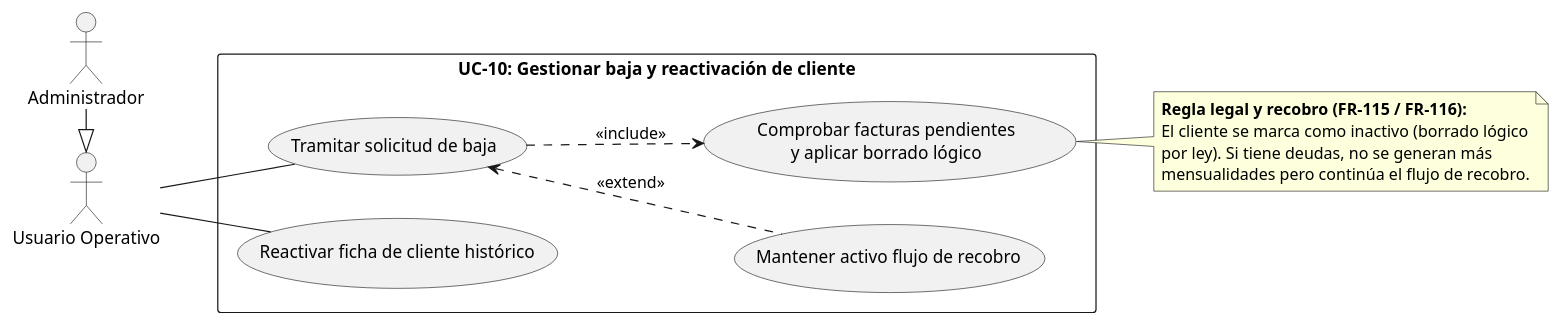
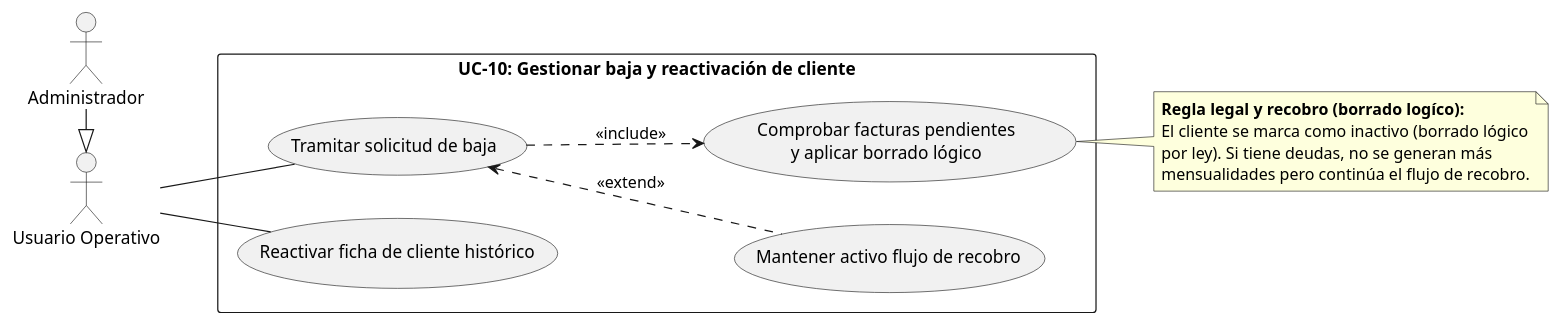
The diagram in doc/src/casos-uso/uc-10-gestionar-baja-reactivacion-cliente.pu (pablorv3/Hienitas-ADAP), drawn with PlantUML before and after one commit. The commit also changed 28 other files, not shown here.

Commit message:
uml diagram fixes

```diff
--- a/doc/src/casos-uso/uc-10-gestionar-baja-reactivacion-cliente.pu
+++ b/doc/src/casos-uso/uc-10-gestionar-baja-reactivacion-cliente.pu
@@ -1,36 +1,36 @@
 @startuml uc-10
     left to right direction
     skinparam packageStyle rectangle
 
     actor "Usuario Operativo" as UO
     actor "Administrador" as Admin
 
     ' Herencia de actores
     Admin -|> UO
 
     rectangle "UC-10: Gestionar baja y reactivación de cliente" {
         usecase "Tramitar solicitud de baja" as UC_Baja
         usecase "Mantener activo flujo de recobro" as UC_Recobro
         usecase "Reactivar ficha de cliente histórico" as UC_Reactivar
         usecase "Comprobar facturas pendientes\ny aplicar borrado lógico" as UC_Comprobar
 
         ' Inclusión obligatoria
         UC_Baja ..> UC_Comprobar : <<include>>
 
         ' Extensión condicional
         UC_Baja <.. UC_Recobro : <<extend>>
     }
 
     ' Nota situada abajo a la derecha, junto al caso correspondiente
     note right of UC_Comprobar
-    <b>Regla legal y recobro (FR-115 / FR-116):</b>
+    <b>Regla legal y recobro (borrado logíco):</b>
     El cliente se marca como inactivo (borrado lógico
     por ley). Si tiene deudas, no se generan más
     mensualidades pero continúa el flujo de recobro.
     end note
 
     ' Asociaciones simples
     UO -- UC_Baja
     UO -- UC_Reactivar
 
 @enduml
```
